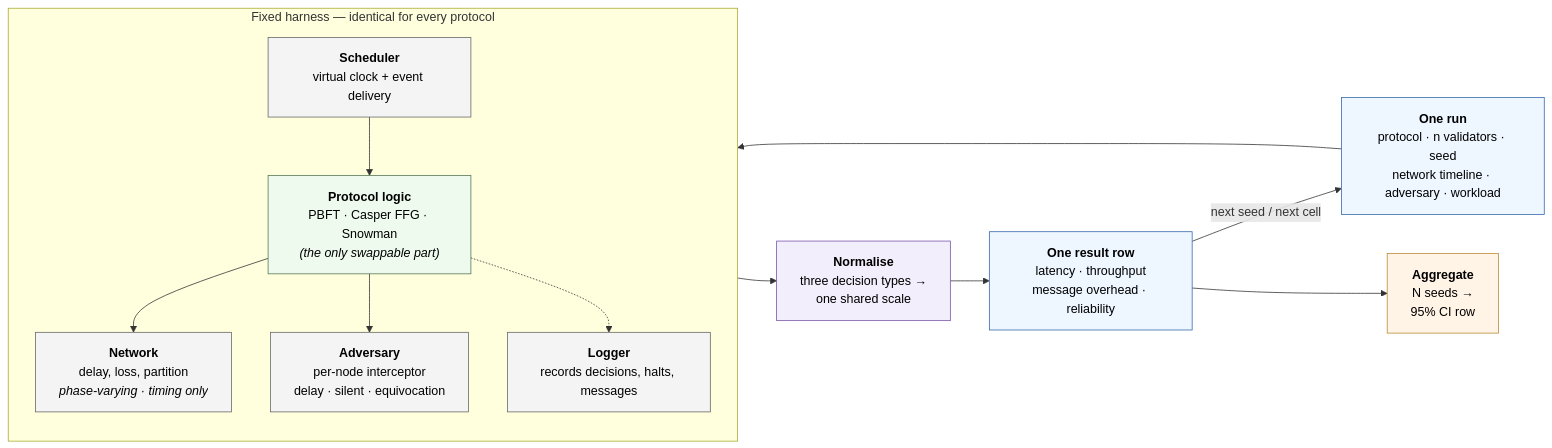
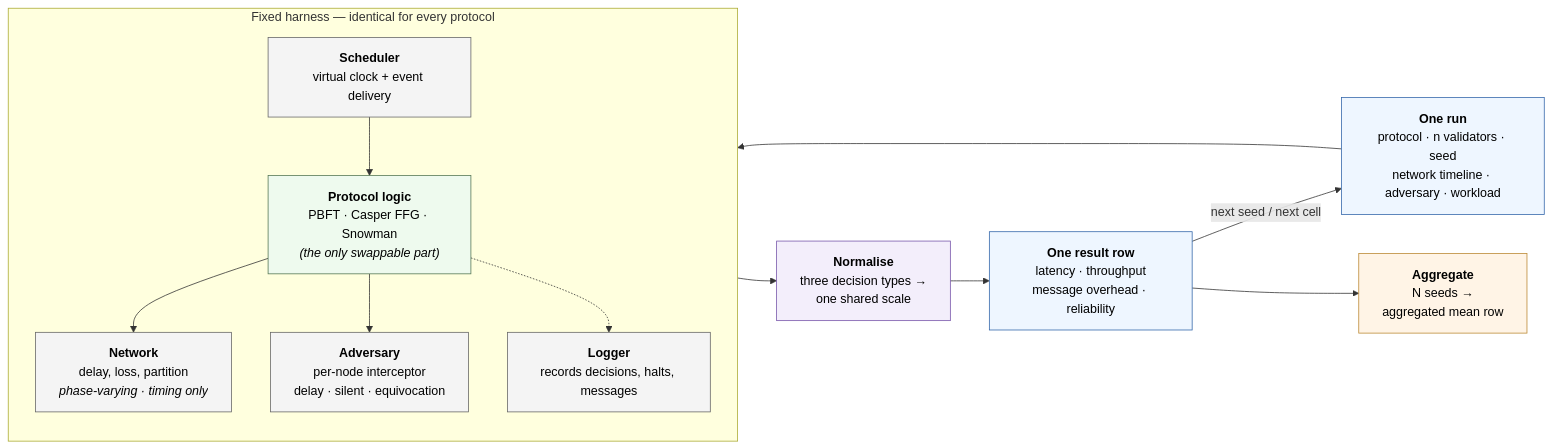
Before and after one commit to palhs/thesis: the diagram in wiki/diagrams/runtime/architecture.md, drawn with Mermaid. The commit also changed other lines of this file and 3 other files, not shown here.

First line of the commit message:
wiki: swap Figure 3.1 to hand-authored SVG; drop "95% CI" wording from diagram

````diff
--- a/wiki/diagrams/runtime/architecture.md
+++ b/wiki/diagrams/runtime/architecture.md
@@ -21,39 +29,39 @@
 ```mermaid
 flowchart LR
     CFG["<b>One run</b><br/>protocol · n validators · seed<br/>network timeline · adversary · workload"]
 
     subgraph HARNESS["Fixed harness — identical for every protocol"]
         direction TB
         SCH["<b>Scheduler</b><br/>virtual clock + event delivery"]
         SLOT["<b>Protocol logic</b><br/>PBFT · Casper FFG · Snowman<br/><i>(the only swappable part)</i>"]
         NET["<b>Network</b><br/>delay, loss, partition<br/><i>phase-varying · timing only</i>"]
         ADV["<b>Adversary</b><br/>per-node interceptor<br/>delay · silent · equivocation"]
         LOG["<b>Logger</b><br/>records decisions, halts, messages"]
         SCH --> SLOT
         SLOT --> NET
         SLOT --> ADV
         SLOT -.-> LOG
     end
 
     RED["<b>Normalise</b><br/>three decision types →<br/>one shared scale"]
     OUT["<b>One result row</b><br/>latency · throughput<br/>message overhead · reliability"]
-    AGG["<b>Aggregate</b><br/>N seeds →<br/>95% CI row"]
+    AGG["<b>Aggregate</b><br/>N seeds →<br/>aggregated mean row"]
 
     CFG --> HARNESS
     HARNESS --> RED
     RED --> OUT
     OUT -- "next seed / next cell" --> CFG
     OUT --> AGG
 
     classDef io fill:#eef6ff,stroke:#3366aa,color:#000
     classDef eng fill:#f4f4f4,stroke:#666,color:#000
     classDef proto fill:#eefaee,stroke:#557755,color:#000
     classDef red fill:#f3eefb,stroke:#7755aa,color:#000
     classDef agg fill:#fff4e6,stroke:#bb8833,color:#000
     class CFG,OUT io
     class RED red
     class SCH,NET,LOG eng
     class SLOT proto
     class ADV eng
     class AGG agg
 ```
````
